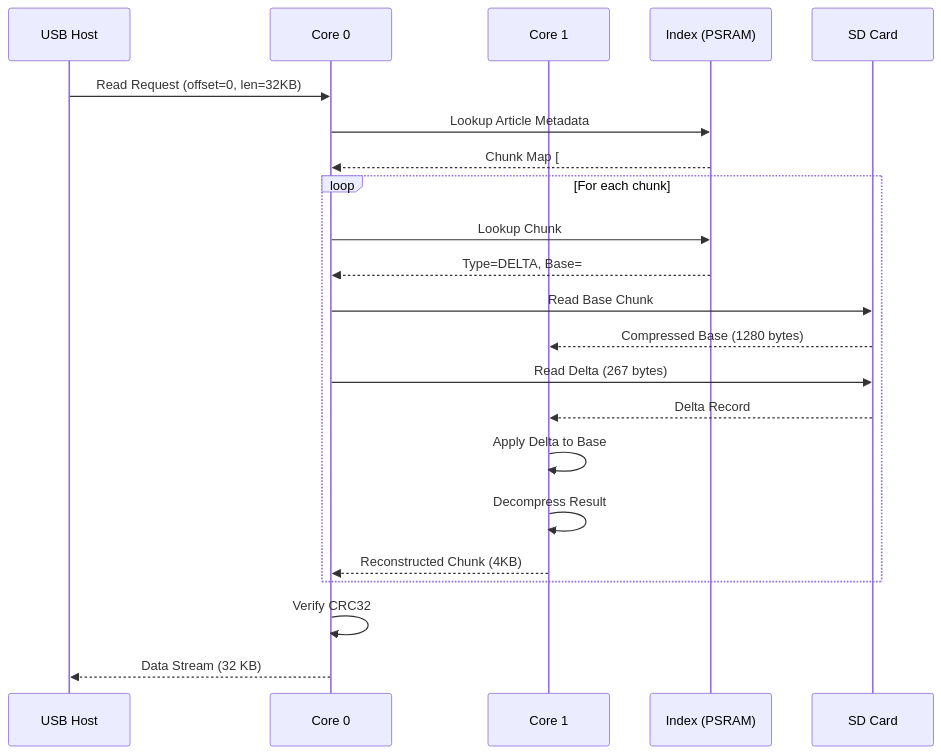
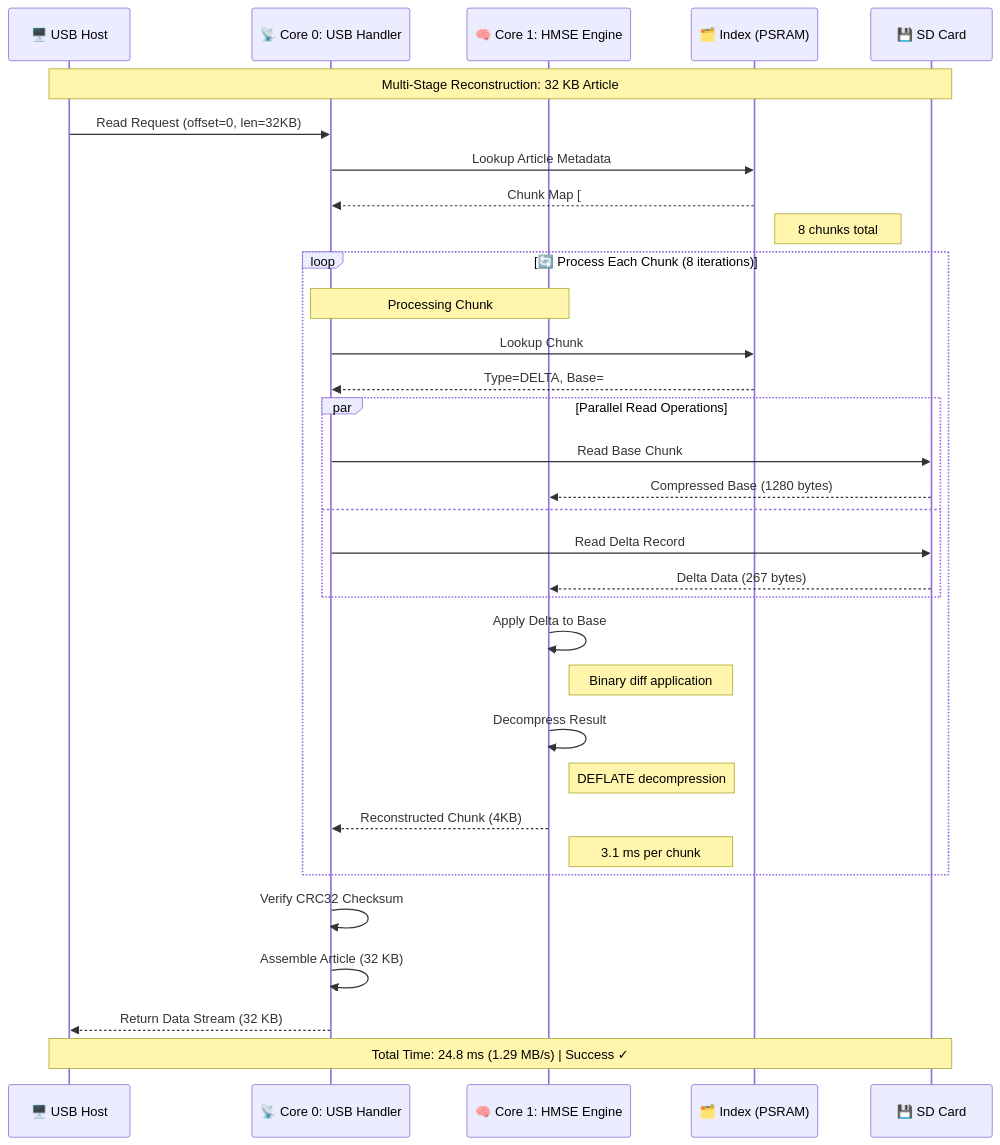
The third of 5 diagrams in README.md (1Jamie/HMSE), drawn with Mermaid before and after one commit. The commit also changed other lines of this file and 1 other file, not shown here.

````diff
--- a/README.md
+++ b/README.md
@@ -536,30 +785,46 @@
 ```mermaid
 sequenceDiagram
-    participant USB as USB Host
-    participant C0 as Core 0
-    participant C1 as Core 1
-    participant IDX as Index (PSRAM)
-    participant SD as SD Card
+    participant Host as 🖥️ USB Host
+    participant USB as 📡 Core 0: USB Handler
+    participant Engine as 🧠 Core 1: HMSE Engine
+    participant Index as 🗂️ Index (PSRAM)
+    participant Storage as 💾 SD Card
 
-    USB->>C0: Read Request (offset=0, len=32KB)
-    C0->>IDX: Lookup Article Metadata
-    IDX-->>C0: Chunk Map [#301, #302d, #303, ...]
+    Note over Host,Storage: Multi-Stage Reconstruction: 32 KB Article
+
+    %% Article Request
+    Host->>USB: Read Request (offset=0, len=32KB)
+    USB->>Index: Lookup Article Metadata
+    Index-->>USB: Chunk Map [#301, #302d, #303, #304, ...]
+    Note right of Index: 8 chunks total
+
+    %% Chunk Processing Loop
+    loop 🔄 Process Each Chunk (8 iterations)
+        Note over USB,Engine: Processing Chunk #302d (Delta Type)
+        
+        USB->>Index: Lookup Chunk #302d Details
+        Index-->>USB: Type=DELTA, Base=#302, LBA=0x00F2A0
+        
+        par Parallel Read Operations
+            USB->>Storage: Read Base Chunk #302
+            Storage-->>Engine: Compressed Base (1280 bytes)
+        and
+            USB->>Storage: Read Delta Record
+            Storage-->>Engine: Delta Data (267 bytes)
+        end
+        
+        Engine->>Engine: Apply Delta to Base
+        Note right of Engine: Binary diff application
+        Engine->>Engine: Decompress Result
+        Note right of Engine: DEFLATE decompression
+        Engine-->>USB: Reconstructed Chunk (4KB)
+        Note right of Engine: 3.1 ms per chunk
+    end
+
+    %% Final Assembly
+    USB->>USB: Verify CRC32 Checksum
+    USB->>USB: Assemble Article (32 KB)
+    USB-->>Host: Return Data Stream (32 KB)
     
-    loop For each chunk
-        C0->>IDX: Lookup Chunk #302d
-        IDX-->>C0: Type=DELTA, Base=#302, LBA=0x00F2A0
-        
-        C0->>SD: Read Base Chunk #302
-        SD-->>C1: Compressed Base (1280 bytes)
-        
-        C0->>SD: Read Delta (267 bytes)
-        SD-->>C1: Delta Record
-        
-        C1->>C1: Apply Delta to Base
-        C1->>C1: Decompress Result
-        C1-->>C0: Reconstructed Chunk (4KB)
-    end
-    
-    C0->>C0: Verify CRC32
-    C0-->>USB: Data Stream (32 KB)
+    Note over Host,Storage: Total Time: 24.8 ms (1.29 MB/s) | Success ✓
 ```
````
